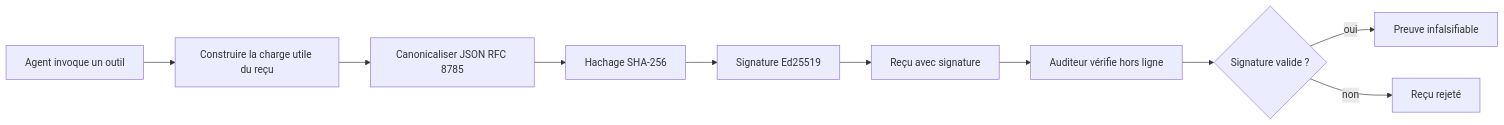
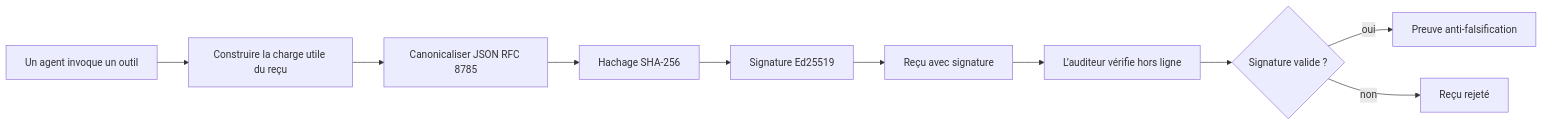
One commit to gabrielmoreira/agent-skills-mirror changed the first of 2 diagrams in mirrors/repos/microsoft@ai-agents-for-beginners/translations/fr/18-securing-ai-agents/README.md. Above: the diagram before and after it, drawn with Mermaid. The commit also changed other lines of this file and 2285 other files, not shown here.

````diff
--- a/mirrors/repos/microsoft@ai-agents-for-beginners/translations/fr/18-securing-ai-agents/README.md
+++ b/mirrors/repos/microsoft@ai-agents-for-beginners/translations/fr/18-securing-ai-agents/README.md
@@ -51,12 +51,12 @@
 ```mermaid
 flowchart LR
-    A[Agent invoque un outil] --> B[Construire la charge utile du reçu]
+    A[Un agent invoque un outil] --> B[Construire la charge utile du reçu]
     B --> C[Canonicaliser JSON RFC 8785]
     C --> D[Hachage SHA-256]
     D --> E[Signature Ed25519]
     E --> F[Reçu avec signature]
-    F --> G[Auditeur vérifie hors ligne]
+    F --> G[L’auditeur vérifie hors ligne]
     G --> H{Signature valide ?}
-    H -- oui --> I[Preuve infalsifiable]
+    H -- oui --> I[Preuve anti-falsification]
     H -- non --> J[Reçu rejeté]
 ```
````
